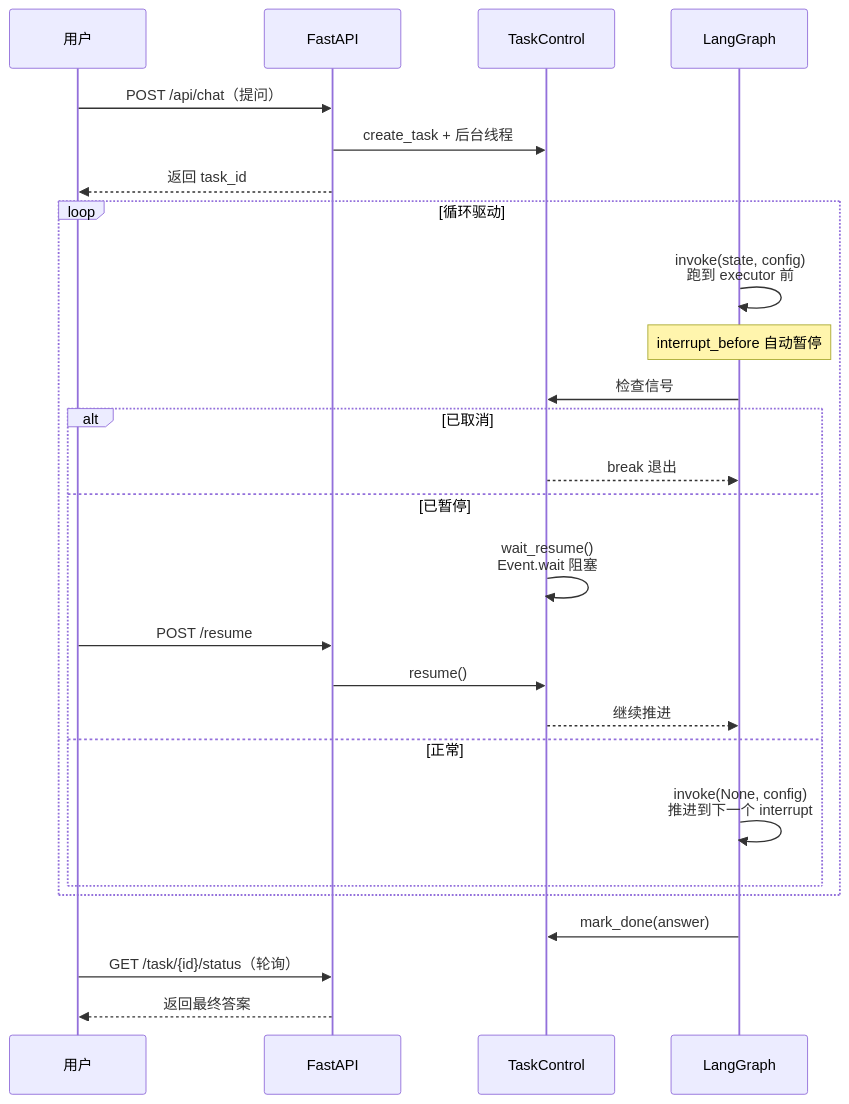
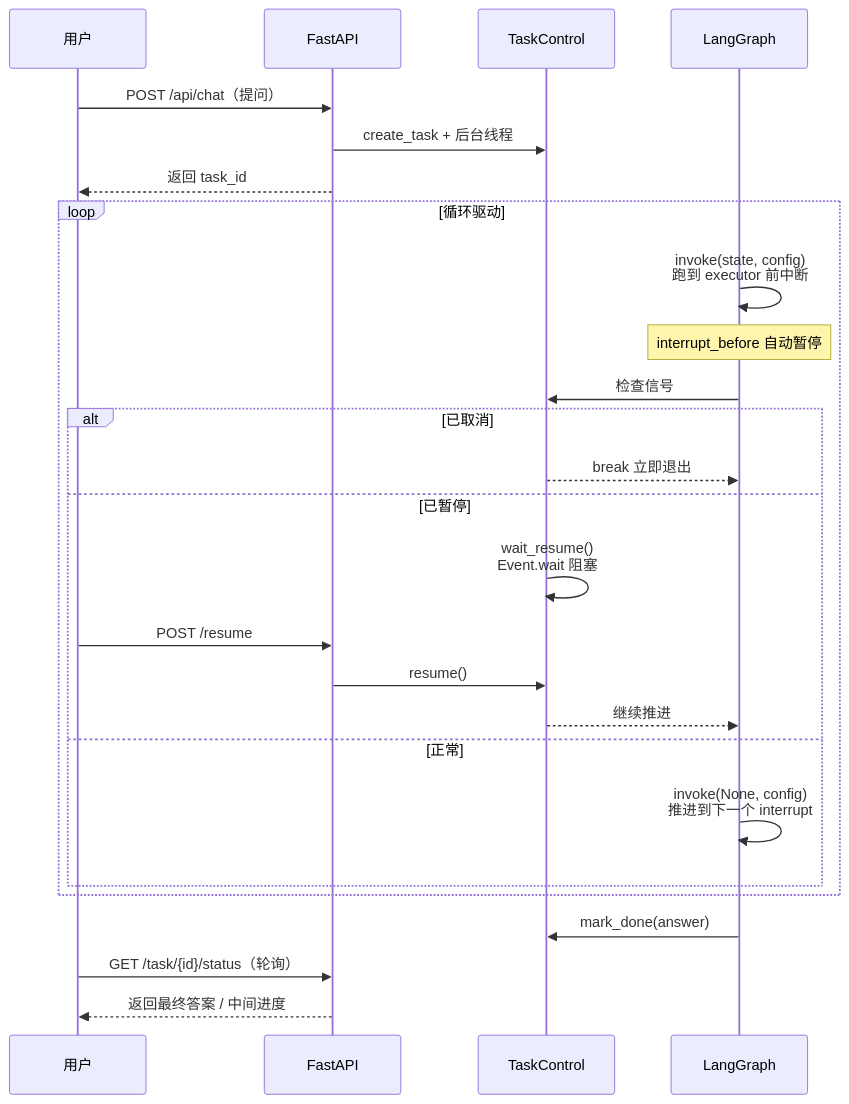
Before and after one commit to mjsdw/CodingAgent: the third of 3 diagrams in README.md, drawn with Mermaid. The commit also changed other lines of this file and 8 other files, not shown here.

````diff
--- a/README.md
+++ b/README.md
@@ -101,32 +110,32 @@
 ```mermaid
 sequenceDiagram
     participant U as 用户
     participant API as FastAPI
     participant TC as TaskControl
     participant GRAPH as LangGraph
 
     U->>API: POST /api/chat（提问）
     API->>TC: create_task + 后台线程
     API-->>U: 返回 task_id
 
     loop 循环驱动
-        GRAPH->>GRAPH: invoke(state, config)<br/>跑到 executor 前
+        GRAPH->>GRAPH: invoke(state, config)<br/>跑到 executor 前中断
         Note over GRAPH: interrupt_before 自动暂停
 
         GRAPH->>TC: 检查信号
         alt 已取消
-            TC-->>GRAPH: break 退出
+            TC-->>GRAPH: break 立即退出
         else 已暂停
             TC->>TC: wait_resume()<br/>Event.wait 阻塞
             U->>API: POST /resume
             API->>TC: resume()
             TC-->>GRAPH: 继续推进
         else 正常
             GRAPH->>GRAPH: invoke(None, config)<br/>推进到下一个 interrupt
         end
     end
 
     GRAPH->>TC: mark_done(answer)
     U->>API: GET /task/{id}/status（轮询）
-    API-->>U: 返回最终答案
+    API-->>U: 返回最终答案 / 中间进度
 ```
````
